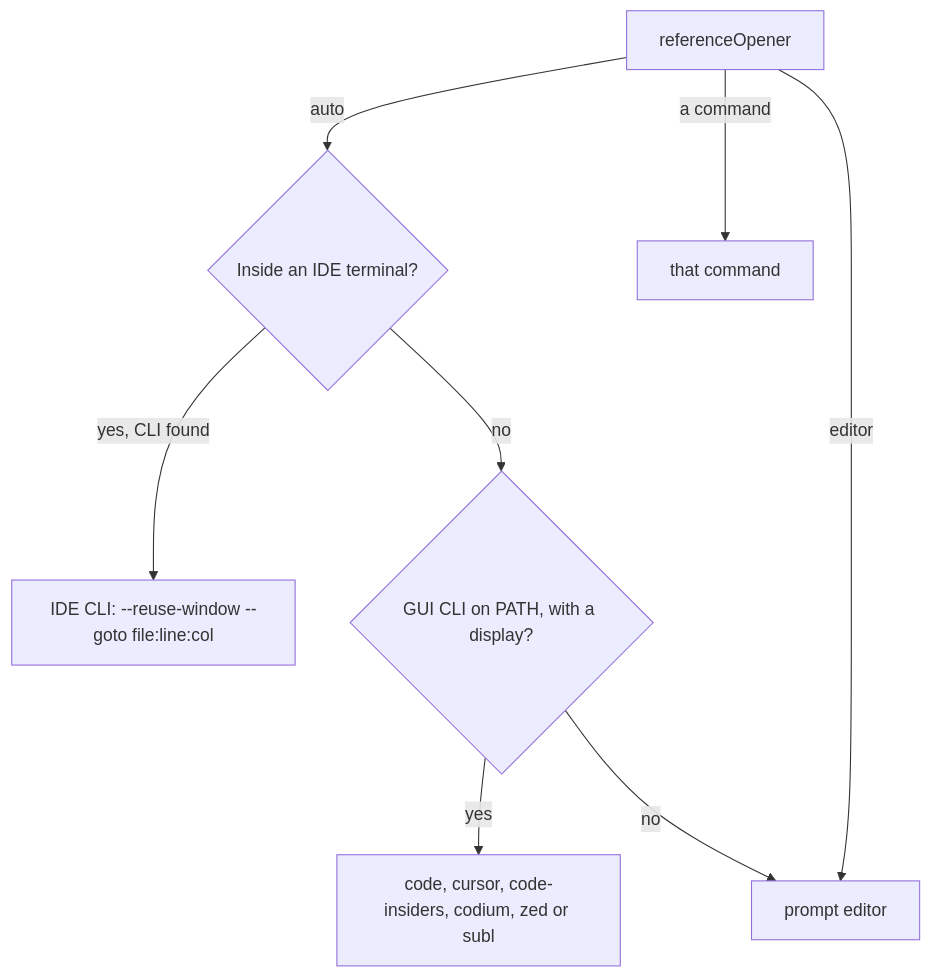
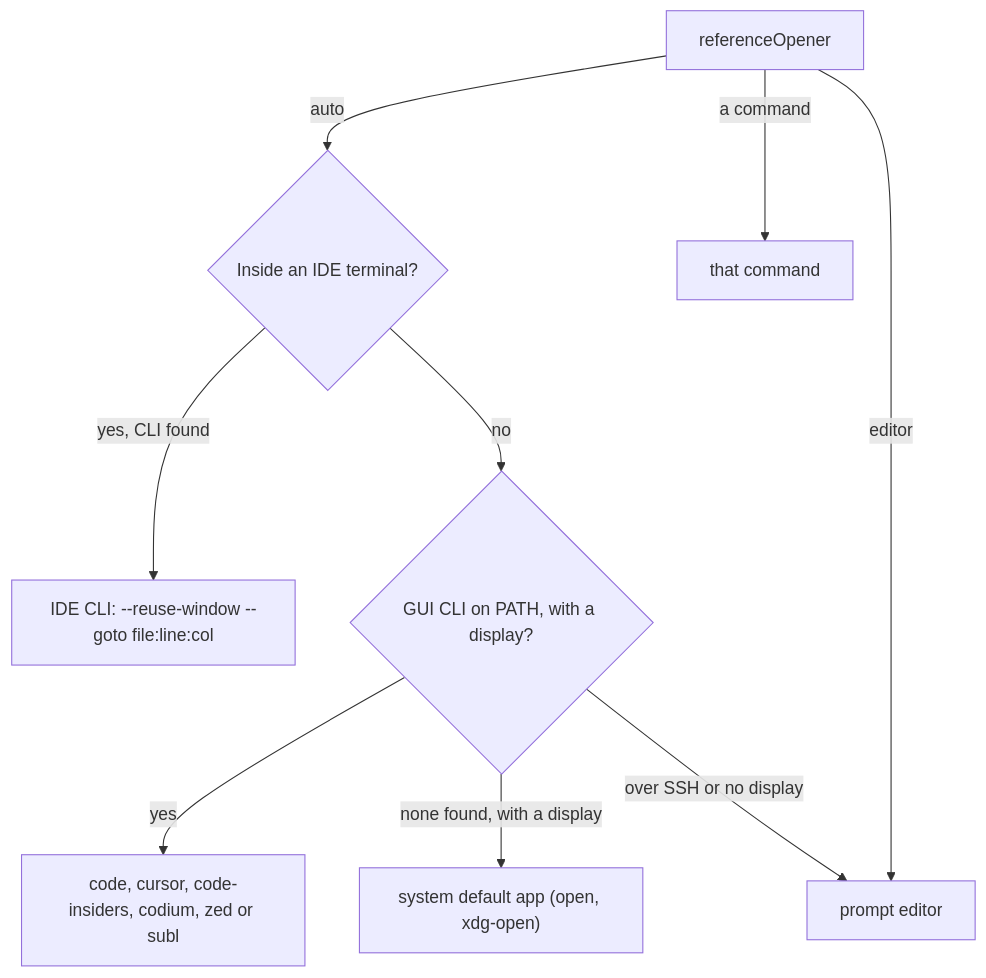
Before and after one commit to bgauryy/octocode-coding-agent: the second of 2 diagrams in packages/coding-agent/docs/tui.md, drawn with Mermaid. The commit also changed other lines of this file and 676 other files, not shown here.

````diff
--- a/packages/coding-agent/docs/tui.md
+++ b/packages/coding-agent/docs/tui.md
@@ -71,10 +71,11 @@
 ```mermaid
 flowchart TD
     R[referenceOpener] -->|auto| I{Inside an IDE terminal?}
     I -->|yes, CLI found| C["IDE CLI: --reuse-window --goto file:line:col"]
     I -->|no| P{GUI CLI on PATH, with a display?}
     P -->|yes| G["code, cursor, code-insiders, codium, zed or subl"]
-    P -->|no| E[prompt editor]
+    P -->|none found, with a display| S["system default app (open, xdg-open)"]
+    P -->|over SSH or no display| E[prompt editor]
     R -->|editor| E
     R -->|a command| X[that command]
 ```
````
